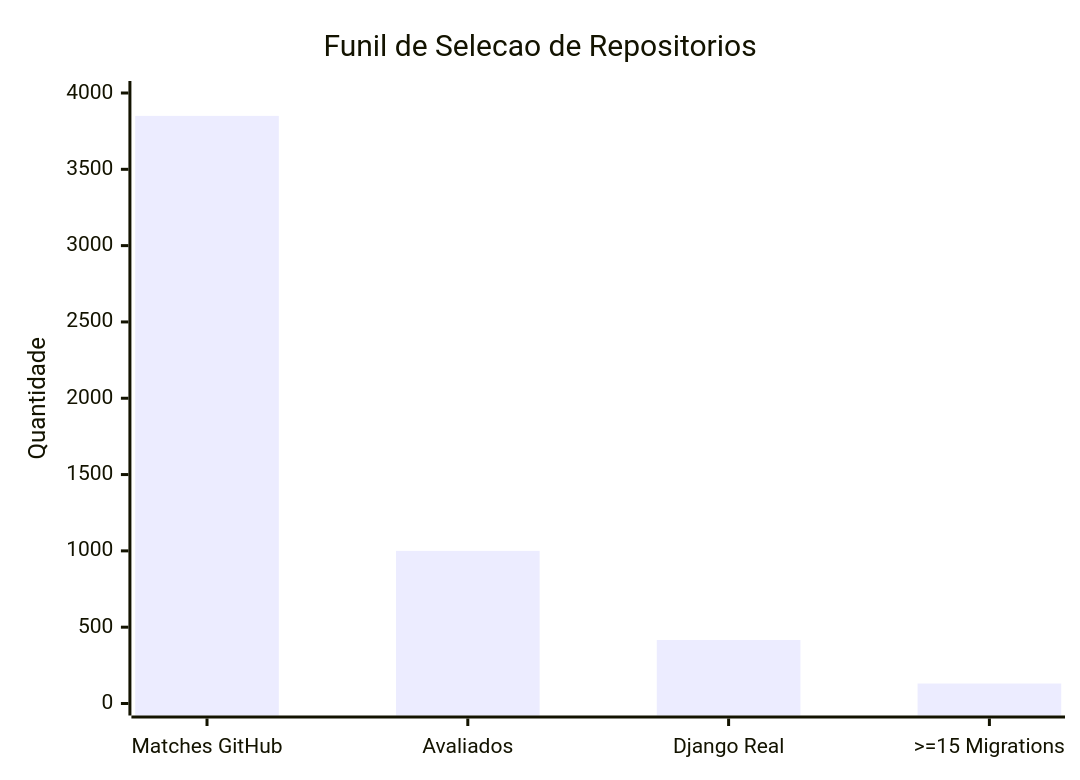
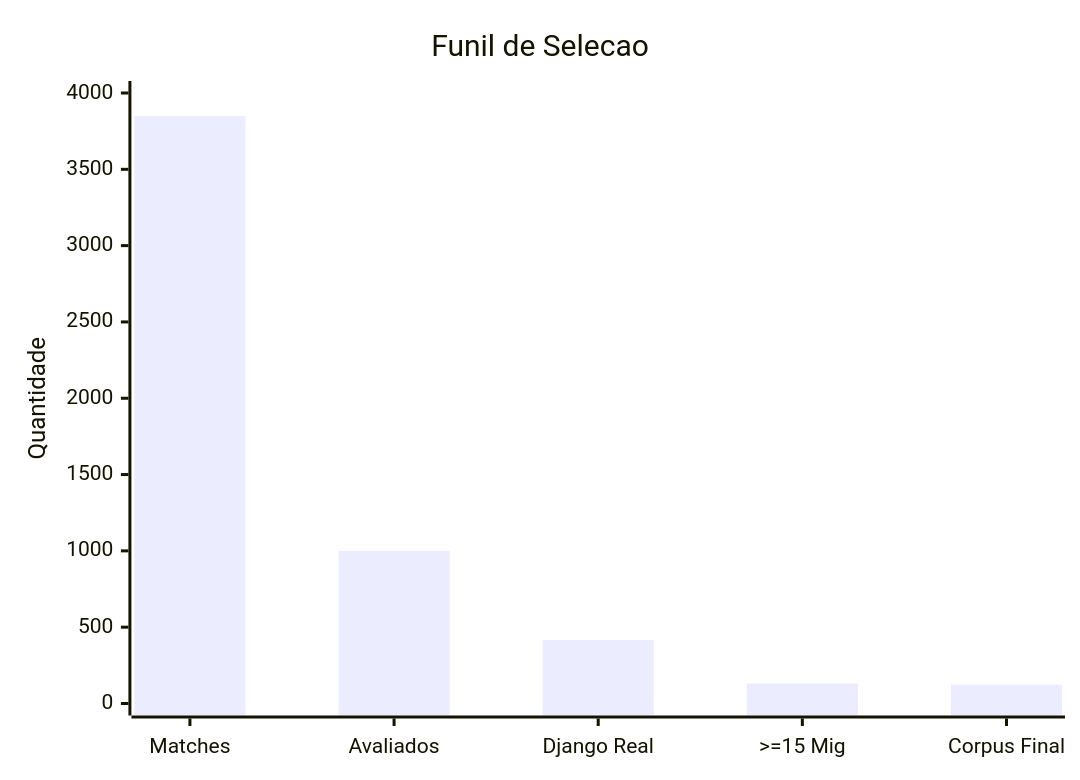
Before and after one commit to gabrielrochass/tcc-schema-code-evolution: the third of 7 diagrams in docs/06-selecao-corpus.md, drawn with Mermaid. The commit also changed other lines of this file, not shown here.

First line of the commit message:
docs: complete corpus selection with classification

````diff
--- a/docs/06-selecao-corpus.md
+++ b/docs/06-selecao-corpus.md
@@ -59,7 +96,7 @@
 ```mermaid
 xychart-beta
-    title "Funil de Selecao de Repositorios"
-    x-axis ["Matches GitHub", "Avaliados", "Django Real", ">=15 Migrations"]
+    title "Funil de Selecao"
+    x-axis ["Matches", "Avaliados", "Django Real", ">=15 Mig", "Corpus Final"]
     y-axis "Quantidade" 0 --> 4000
-    bar [3850, 1000, 416, 131]
+    bar [3850, 1000, 416, 131, 124]
 ```
````
